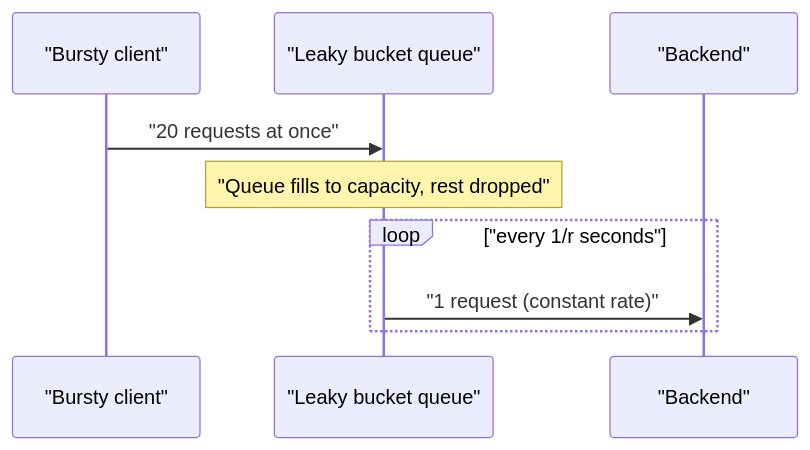
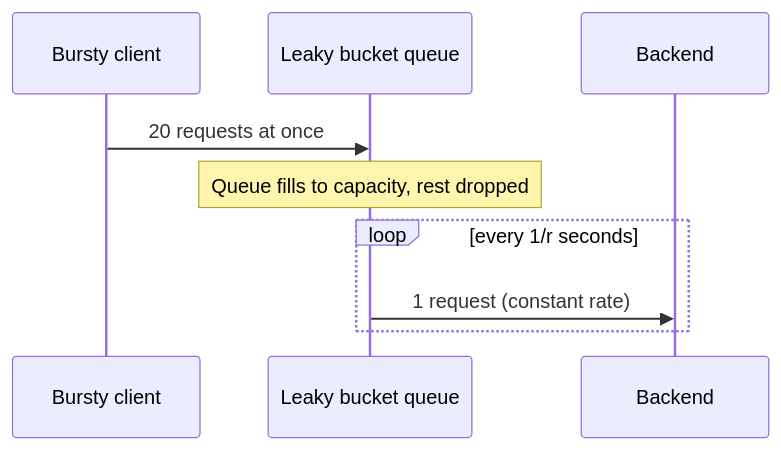
One commit to vabs/vabs.github.io changed the second of 2 diagrams in content/post/rate-limiting-algorithms-token-bucket-vs-leaky-bucket.md. Above: the diagram before and after it, drawn with Mermaid. The commit also changed 87 other files, not shown here.

First line of the commit message:
Fix: Readable mermaid diagrams and fact-check blog posts

```diff
--- a/content/post/rate-limiting-algorithms-token-bucket-vs-leaky-bucket.md
+++ b/content/post/rate-limiting-algorithms-token-bucket-vs-leaky-bucket.md
@@ -90,11 +90,11 @@
 {{< mermaid >}}
 sequenceDiagram
-    participant C as "Bursty client"
-    participant LB as "Leaky bucket queue"
-    participant S as "Backend"
-    C->>LB: "20 requests at once"
-    Note over LB: "Queue fills to capacity, rest dropped"
-    loop "every 1/r seconds"
-        LB->>S: "1 request (constant rate)"
+    participant C as Bursty client
+    participant LB as Leaky bucket queue
+    participant S as Backend
+    C->>LB: 20 requests at once
+    Note over LB: Queue fills to capacity, rest dropped
+    loop every 1/r seconds
+        LB->>S: 1 request (constant rate)
     end
 {{< /mermaid >}}
```
